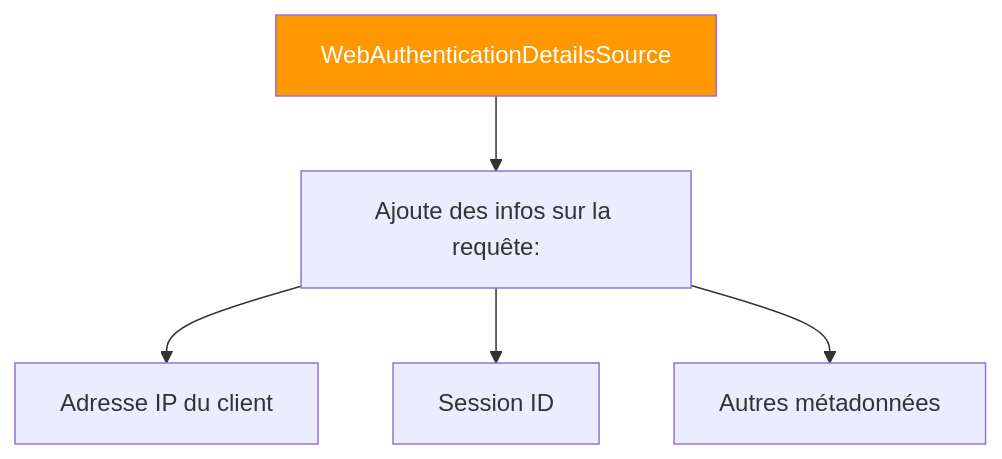
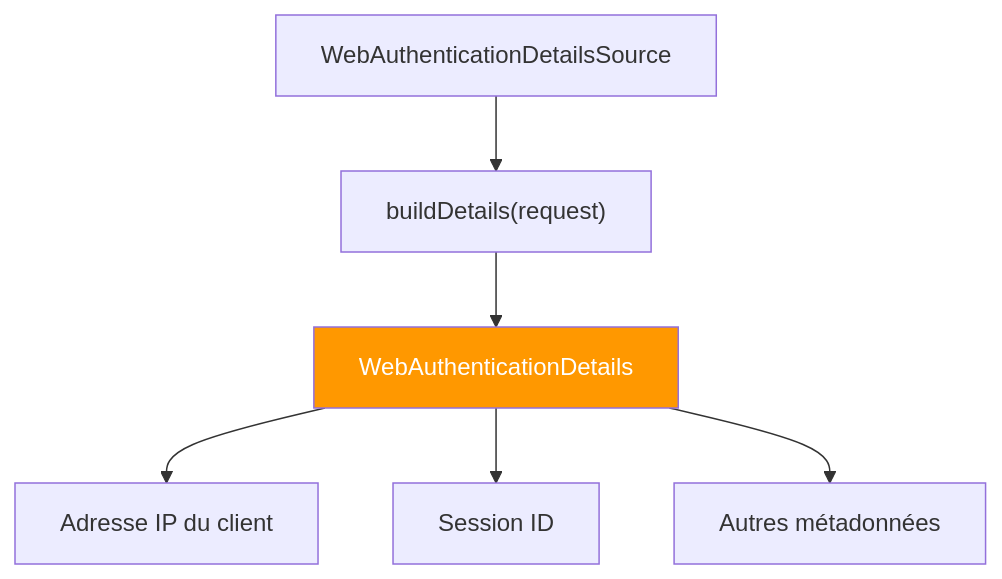
One commit to hrhouma1/inskillflow-docs-formation-spring-boot-projet-e-contact-backend changed diagram 16 of 20 in cours/25-exercice-jwtauthfilter.md. Above: the diagram before and after it, drawn with Mermaid. The commit also changed other lines of this file, not shown here.

````diff
--- a/cours/25-exercice-jwtauthfilter.md
+++ b/cours/25-exercice-jwtauthfilter.md
@@ -547,10 +1046,11 @@
 ```mermaid
 graph TB
     A["WebAuthenticationDetailsSource"]
-    A --> B["Ajoute des infos sur la requête:"]
-    B --> C["Adresse IP du client"]
-    B --> D["Session ID"]
-    B --> E["Autres métadonnées"]
+    A --> B["buildDetails(request)"]
+    B --> C["WebAuthenticationDetails"]
+    C --> D["Adresse IP du client"]
+    C --> E["Session ID"]
+    C --> F["Autres métadonnées"]
     
-    style A fill:#FF9800,color:#fff
+    style C fill:#FF9800,color:#fff
 ```
````
